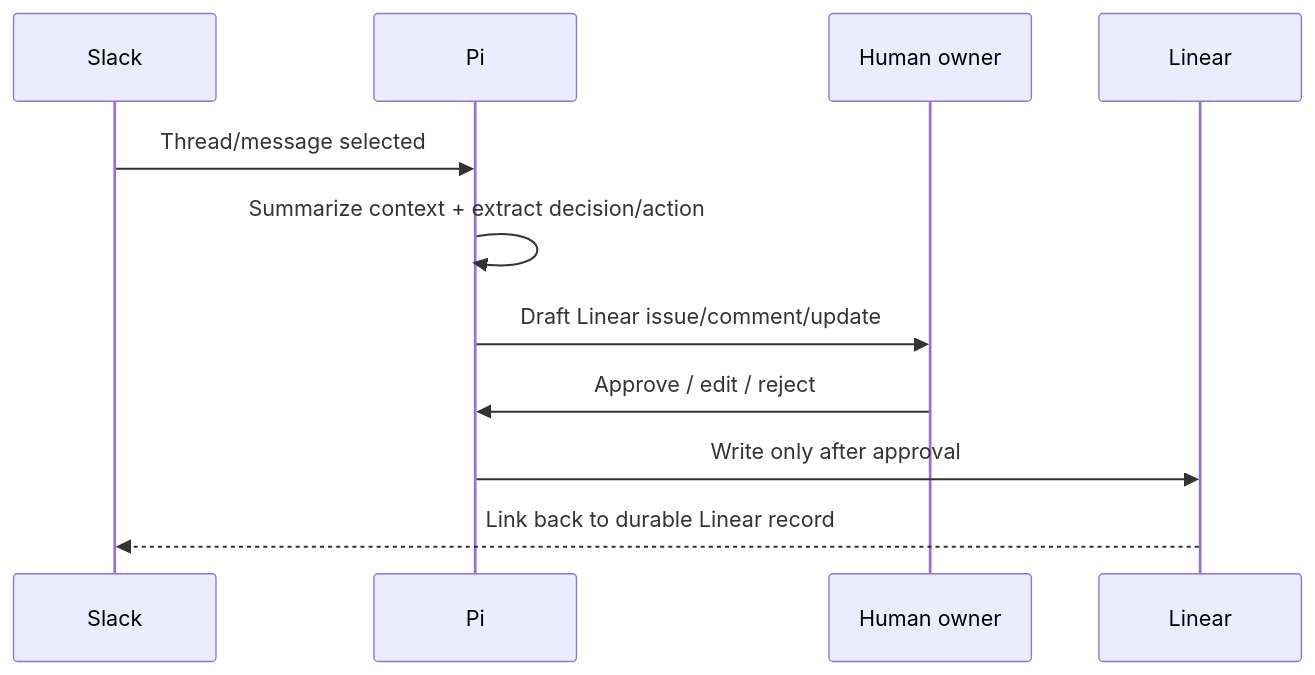
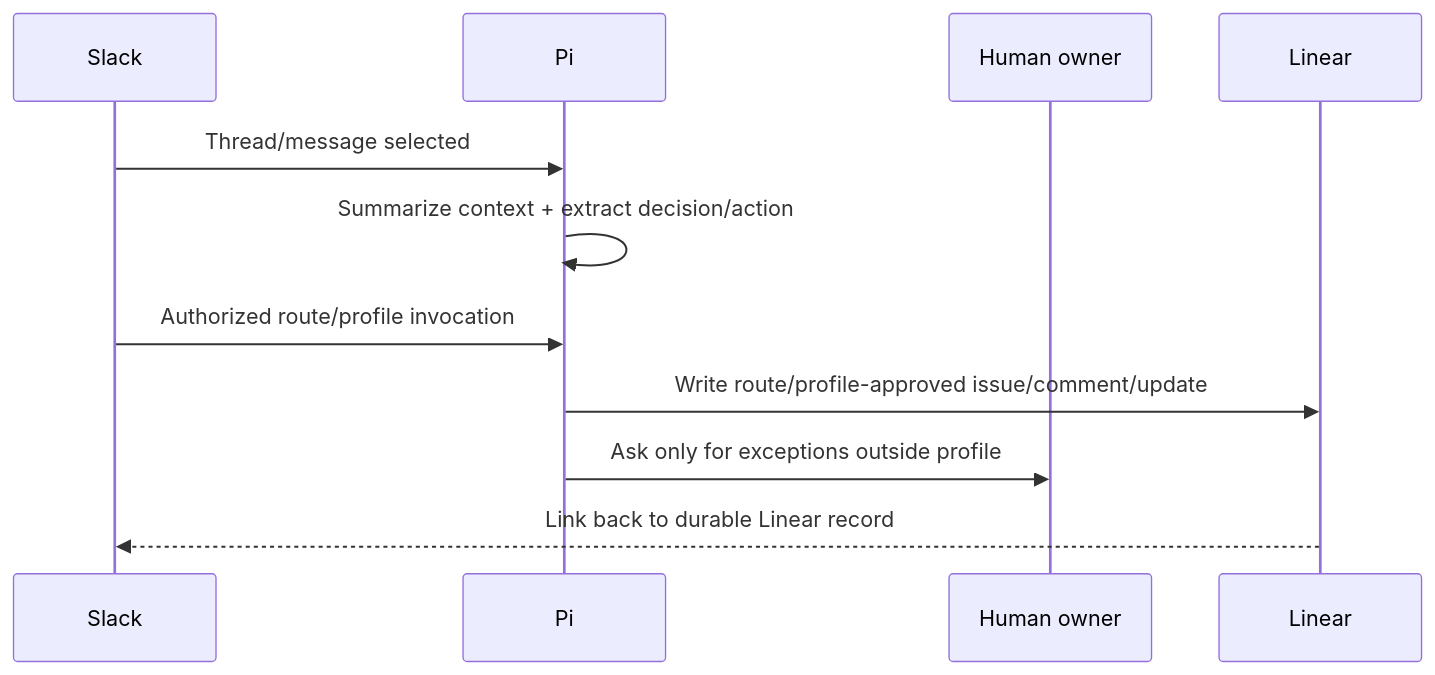
One commit to goose4500/covent-agent-os changed the third of 5 diagrams in docs/source-of-truth/COVENT_OPERATING_SOURCE_OF_TRUTH_V0.md. Above: the diagram before and after it, drawn with Mermaid. The commit also changed other lines of this file and 26 other files, not shown here.

````diff
--- a/docs/source-of-truth/COVENT_OPERATING_SOURCE_OF_TRUTH_V0.md
+++ b/docs/source-of-truth/COVENT_OPERATING_SOURCE_OF_TRUTH_V0.md
@@ -154,14 +158,14 @@
 ```mermaid
 sequenceDiagram
     participant S as Slack
     participant P as Pi
     participant H as Human owner
     participant L as Linear
 
     S->>P: Thread/message selected
     P->>P: Summarize context + extract decision/action
-    P->>H: Draft Linear issue/comment/update
-    H->>P: Approve / edit / reject
-    P->>L: Write only after approval
+    S->>P: Authorized route/profile invocation
+    P->>L: Write route/profile-approved issue/comment/update
+    P->>H: Ask only for exceptions outside profile
     L-->>S: Link back to durable Linear record
 ```
````
